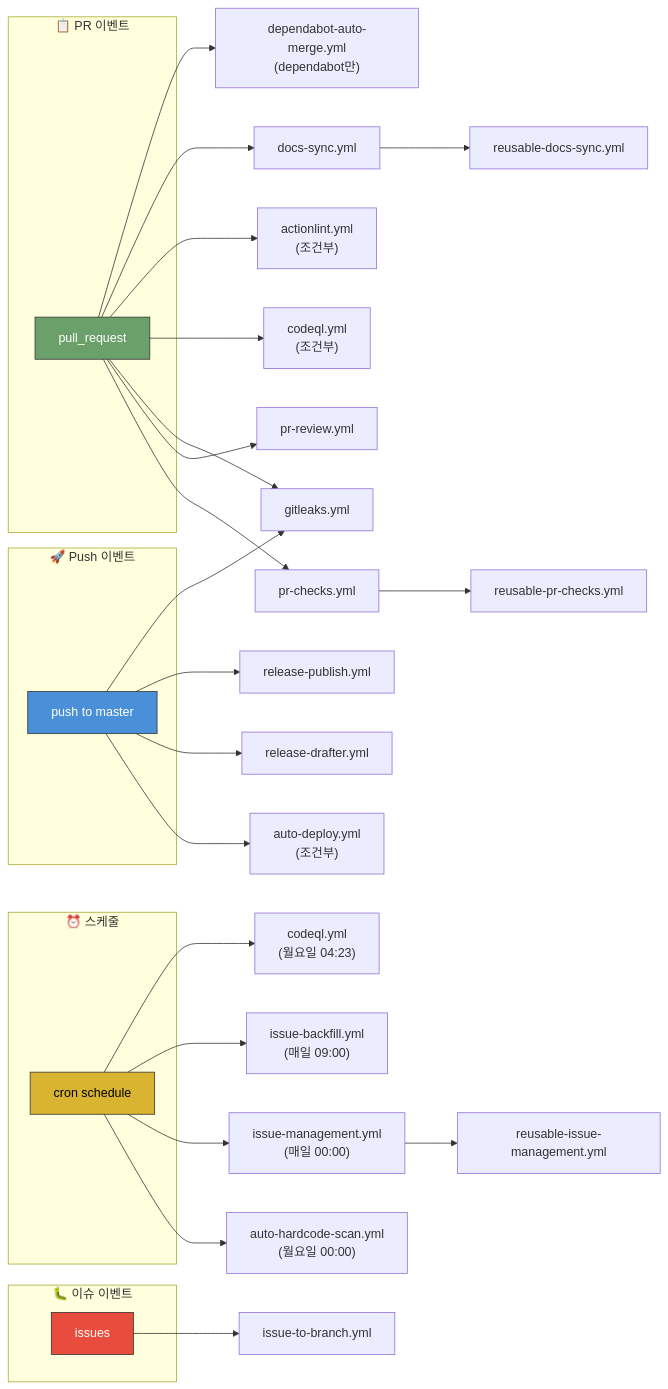
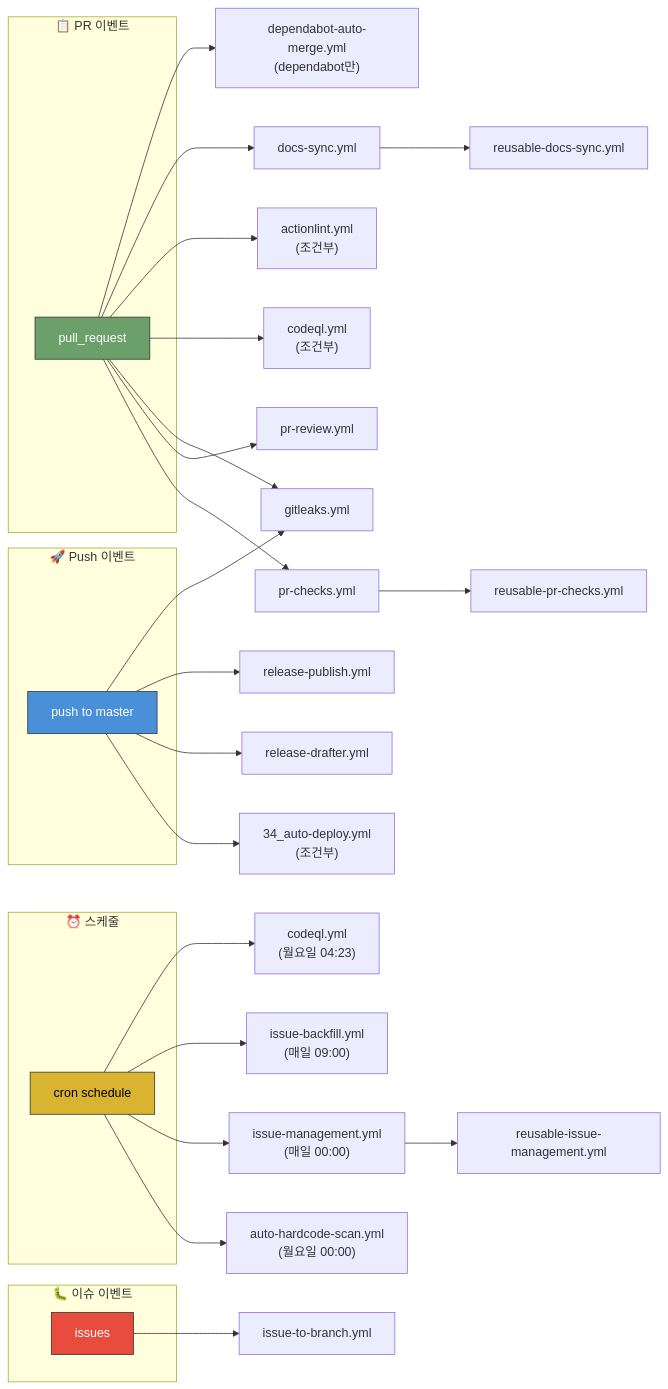
One commit to jclee941/.github changed the seventh of 10 diagrams in docs/architecture.md. Above: the diagram before and after it, drawn with Mermaid. The commit also changed other lines of this file and 60 other files, not shown here.

````diff
--- a/docs/architecture.md
+++ b/docs/architecture.md
@@ -310,47 +310,47 @@
 ```mermaid
 flowchart LR
     subgraph PR_Events["📋 PR 이벤트"]
         PR["pull_request"]
     end
     
     subgraph Push_Events["🚀 Push 이벤트"]
         PUSH["push to master"]
     end
     
     subgraph Schedule_Events["⏰ 스케줄"]
         CRON["cron schedule"]
     end
     
     subgraph Issue_Events["🐛 이슈 이벤트"]
         ISSUE["issues"]
     end
     
     PR --> PR_CHECK["pr-checks.yml"]
     PR --> PR_REVIEW["pr-review.yml"]
     PR --> GITLEAKS["gitleaks.yml"]
     PR --> CODEQL["codeql.yml<br/>(조건부)"]
     PR --> ACTIONLINT["actionlint.yml<br/>(조건부)"]
     PR --> DOCS["docs-sync.yml"]
     PR --> DEPENDABOT["dependabot-auto-merge.yml<br/>(dependabot만)"]
     
-    PUSH --> AUTO_DEPLOY["auto-deploy.yml<br/>(조건부)"]
+    PUSH --> AUTO_DEPLOY["34_auto-deploy.yml<br/>(조건부)"]
     PUSH --> RELEASE_D["release-drafter.yml"]
     PUSH --> RELEASE_P["release-publish.yml"]
     PUSH --> GITLEAKS
     
     CRON --> HARDSCAN["auto-hardcode-scan.yml<br/>(월요일 00:00)"]
     CRON --> ISSUE_MGMT["issue-management.yml<br/>(매일 00:00)"]
     CRON --> ISSUE_BACK["issue-backfill.yml<br/>(매일 09:00)"]
     CRON --> CODEQL_S["codeql.yml<br/>(월요일 04:23)"]
     
     ISSUE --> ISSUE_BRANCH["issue-to-branch.yml"]
     
     PR_CHECK --> REUSABLE1["reusable-pr-checks.yml"]
     DOCS --> REUSABLE2["reusable-docs-sync.yml"]
     ISSUE_MGMT --> REUSABLE3["reusable-issue-management.yml"]
     
     style PR fill:#6ba06a,stroke:#333,color:#fff
     style PUSH fill:#4a90d9,stroke:#333,color:#fff
     style CRON fill:#d9b430,stroke:#333,color:#000
     style ISSUE fill:#e74c3c,stroke:#333,color:#fff
 ```
````
